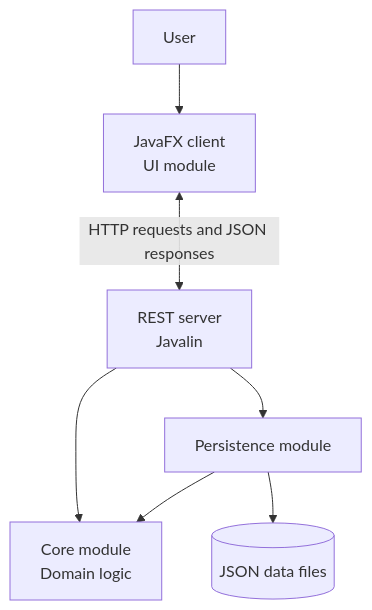
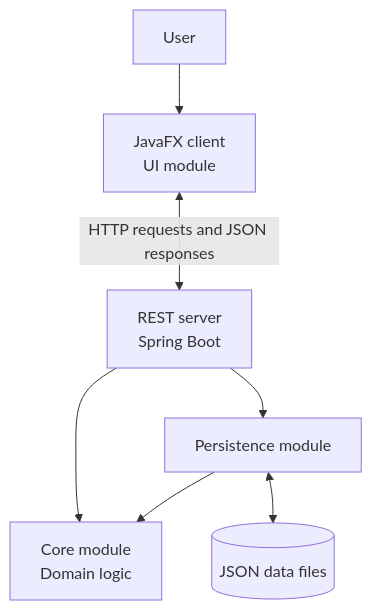
The diagram in README.md (jasmingolzari/Dinnertracker), drawn with Mermaid before and after one commit. The commit also changed other lines of this file, not shown here.

Commit message:
docs: update readme from javalin to spring boot

````diff
--- a/README.md
+++ b/README.md
@@ -54,16 +56,16 @@
 ```mermaid
 flowchart TD
     USER[User]
     UI[JavaFX client<br/>UI module]
-    REST[REST server<br/>Javalin]
+    REST[REST server<br/>Spring Boot]
     CORE[Core module<br/>Domain logic]
     PERSISTENCE[Persistence module]
     JSON[(JSON data files)]
 
     USER --> UI
     UI <-->|HTTP requests and JSON responses| REST
     REST --> CORE
     REST --> PERSISTENCE
-    PERSISTENCE --> JSON
+    PERSISTENCE <--> JSON
     PERSISTENCE --> CORE
 ```
````
